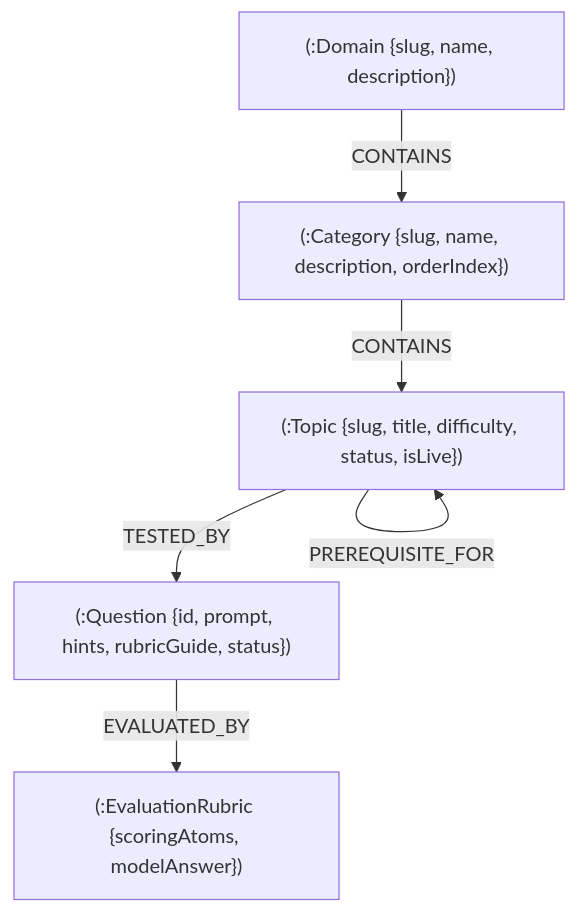
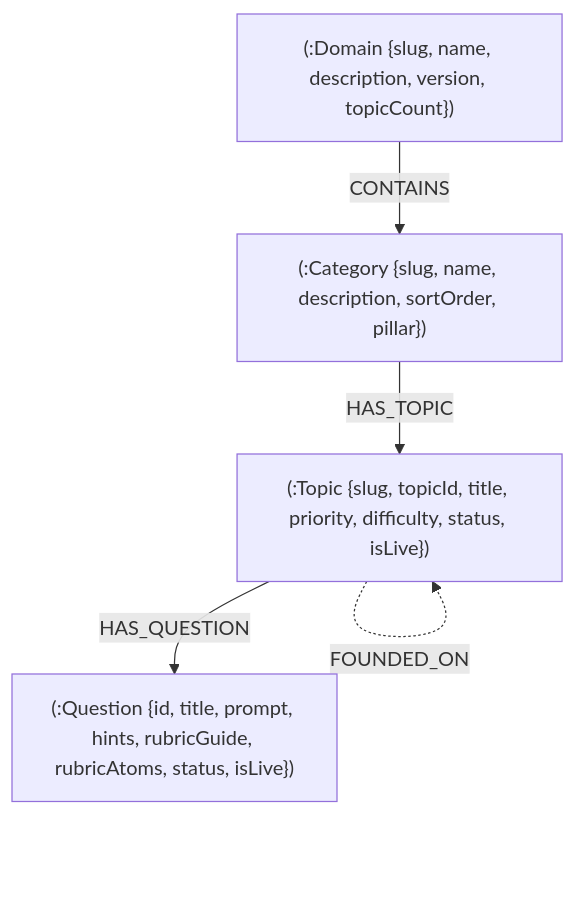
The third of 6 diagrams in docs/admin/ADMIN_PANEL_AND_KNOWLEDGE_GRAPH_SPEC.md (imsauravsingh/prepinminutes), drawn with Mermaid before and after one commit. The commit also changed other lines of this file and 6 other files, not shown here.

Commit message:
doc: updated neo4j architecture changes

````diff
--- a/docs/admin/ADMIN_PANEL_AND_KNOWLEDGE_GRAPH_SPEC.md
+++ b/docs/admin/ADMIN_PANEL_AND_KNOWLEDGE_GRAPH_SPEC.md
@@ -214,14 +214,14 @@
 ```mermaid
 flowchart TD
-    D["(:Domain {slug, name, description})"]
-    C["(:Category {slug, name, description, orderIndex})"]
-    T["(:Topic {slug, title, difficulty, status, isLive})"]
-    Q["(:Question {id, prompt, hints, rubricGuide, status})"]
-    R["(:EvaluationRubric {scoringAtoms, modelAnswer})"]
+    D["(:Domain {slug, name, description, version, topicCount})"]
+    C["(:Category {slug, name, description, sortOrder, pillar})"]
+    T["(:Topic {slug, topicId, title, priority, difficulty, status, isLive})"]
+    Q["(:Question {id, title, prompt, hints, rubricGuide, rubricAtoms, status, isLive})"]
 
     D -->|CONTAINS| C
-    C -->|CONTAINS| T
-    T -->|TESTED_BY| Q
-    Q -->|EVALUATED_BY| R
-    T -->|PREREQUISITE_FOR| T
+    C -->|HAS_TOPIC| T
+    T -->|HAS_QUESTION| Q
+    T -->|PREREQUISITE_OF| T
+    T -.->|USES_COMPONENT| T
+    T -.->|FOUNDED_ON| T
 ```
````
